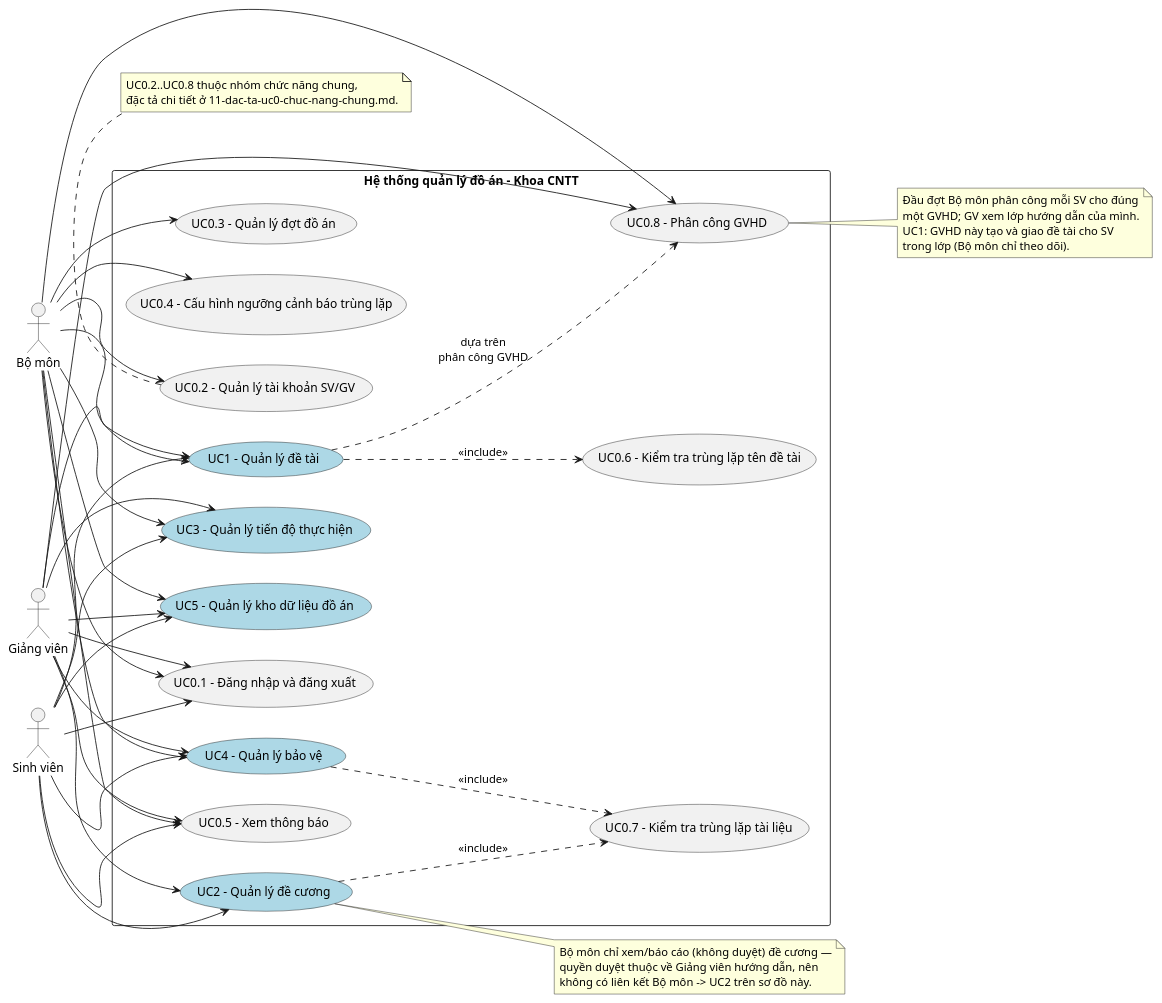
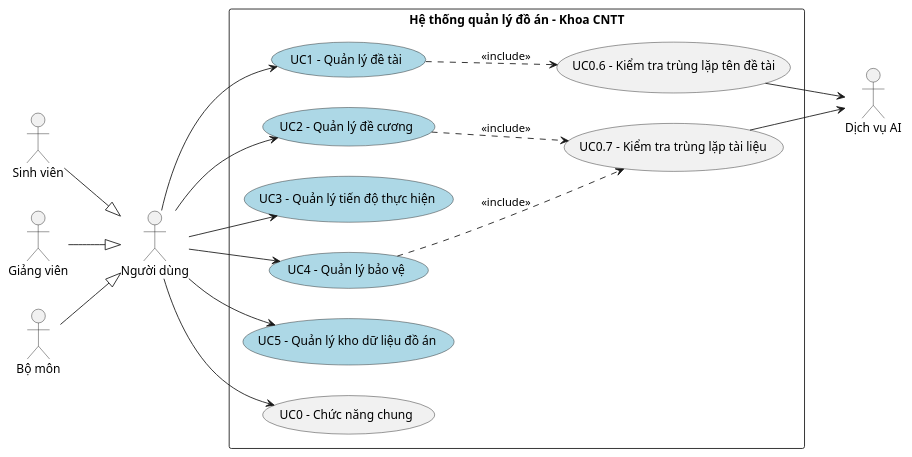
One commit to dtc235200036-alt/ICTU-DATN-NguyenThiMaiAnh changed the diagram in docs/chuong-2-khao-sat-phan-tich/uc/uc-tong-quat.puml. Above: the diagram before and after it, drawn with PlantUML. The commit also changed 233 other files, not shown here.

Commit message:
docs: hoàn thiện nội dung quyển báo cáo LaTeX và đồng bộ sơ đồ tài liệu thiết kế, triển khai

```diff
--- a/docs/chuong-2-khao-sat-phan-tich/uc/uc-tong-quat.puml
+++ b/docs/chuong-2-khao-sat-phan-tich/uc/uc-tong-quat.puml
@@ -1,81 +1,38 @@
 @startuml uc-tong-quat
 left to right direction
 skinparam packageStyle rectangle
 
 actor "Sinh viên" as SV
 actor "Giảng viên" as GV
 actor "Bộ môn" as BM
+actor "Người dùng" as ND
+actor "Dịch vụ AI" as AI
+
+SV --|> ND
+GV --|> ND
+BM --|> ND
 
 rectangle "Hệ thống quản lý đồ án – Khoa CNTT" {
   usecase "UC1 – Quản lý đề tài" as UC1 #lightblue
   usecase "UC2 – Quản lý đề cương" as UC2 #lightblue
   usecase "UC3 – Quản lý tiến độ thực hiện" as UC3 #lightblue
   usecase "UC4 – Quản lý bảo vệ" as UC4 #lightblue
   usecase "UC5 – Quản lý kho dữ liệu đồ án" as UC5 #lightblue
-
-  usecase "UC0.1 – Đăng nhập và đăng xuất" as UC0_1
-  usecase "UC0.2 – Quản lý tài khoản SV/GV" as UC0_2
-  usecase "UC0.3 – Quản lý đợt đồ án" as UC0_3
-  usecase "UC0.4 – Cấu hình ngưỡng cảnh báo trùng lặp" as UC0_4
-  usecase "UC0.5 – Xem thông báo" as UC0_5
+  usecase "UC0 – Chức năng chung" as UC0
   usecase "UC0.6 – Kiểm tra trùng lặp tên đề tài" as UC0_6
   usecase "UC0.7 – Kiểm tra trùng lặp tài liệu" as UC0_7
-  usecase "UC0.8 – Phân công GVHD" as UC0_8
 }
 
-SV --> UC1
-GV --> UC1
-BM --> UC1
-
-SV --> UC2
-GV --> UC2
-
-BM --> UC3
-SV --> UC3
-GV --> UC3
-
-BM --> UC4
-GV --> UC4
-SV --> UC4
-
-SV --> UC5
-GV --> UC5
-BM --> UC5
-
-SV --> UC0_1
-GV --> UC0_1
-BM --> UC0_1
-
-BM --> UC0_2
-BM --> UC0_3
-BM --> UC0_4
-BM --> UC0_8
-GV --> UC0_8
-
-SV --> UC0_5
-GV --> UC0_5
-BM --> UC0_5
+ND --> UC1
+ND --> UC2
+ND --> UC3
+ND --> UC4
+ND --> UC5
+ND --> UC0
 
 UC1 ..> UC0_6 : <<include>>
 UC2 ..> UC0_7 : <<include>>
 UC4 ..> UC0_7 : <<include>>
-UC1 ..> UC0_8 : dựa trên\nphân công GVHD
-
-note bottom of UC0_2
-  UC0.2..UC0.8 thuộc nhóm chức năng chung,
-  đặc tả chi tiết ở 11-dac-ta-uc0-chuc-nang-chung.md.
-end note
-
-note right of UC0_8
-  Đầu đợt Bộ môn phân công mỗi SV cho đúng
-  một GVHD; GV xem lớp hướng dẫn của mình.
-  UC1: GVHD này tạo và giao đề tài cho SV
-  trong lớp (Bộ môn chỉ theo dõi).
-end note
-
-note right of UC2
-  Bộ môn chỉ xem/báo cáo (không duyệt) đề cương —
-  quyền duyệt thuộc về Giảng viên hướng dẫn, nên
-  không có liên kết Bộ môn -> UC2 trên sơ đồ này.
-end note
+UC0_6 --> AI
+UC0_7 --> AI
 @enduml
```
